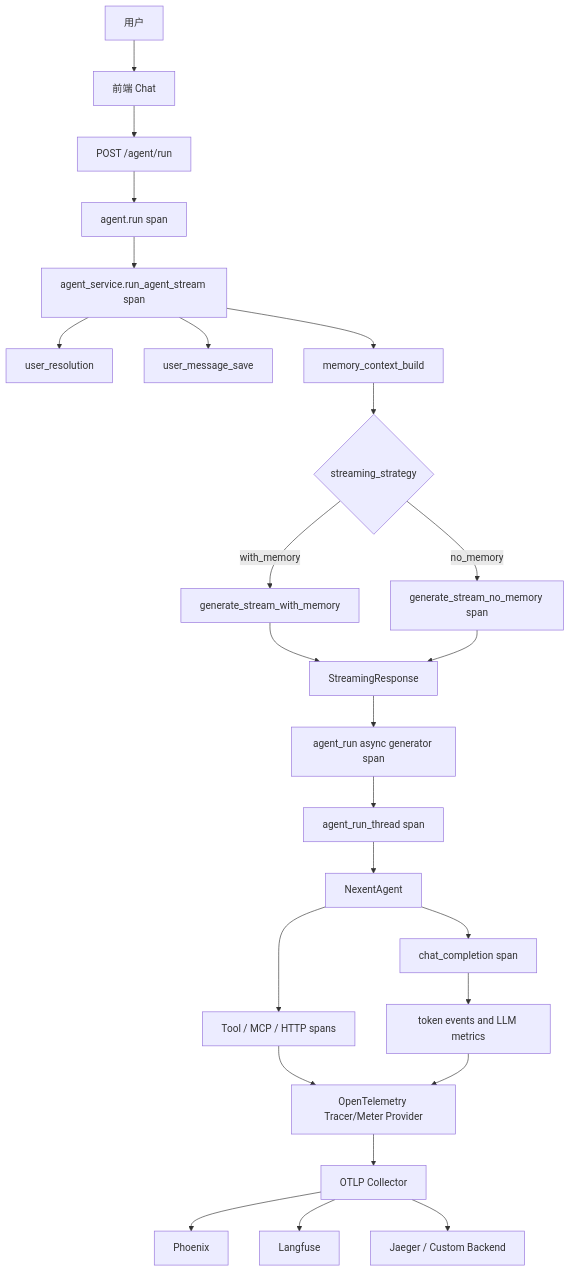
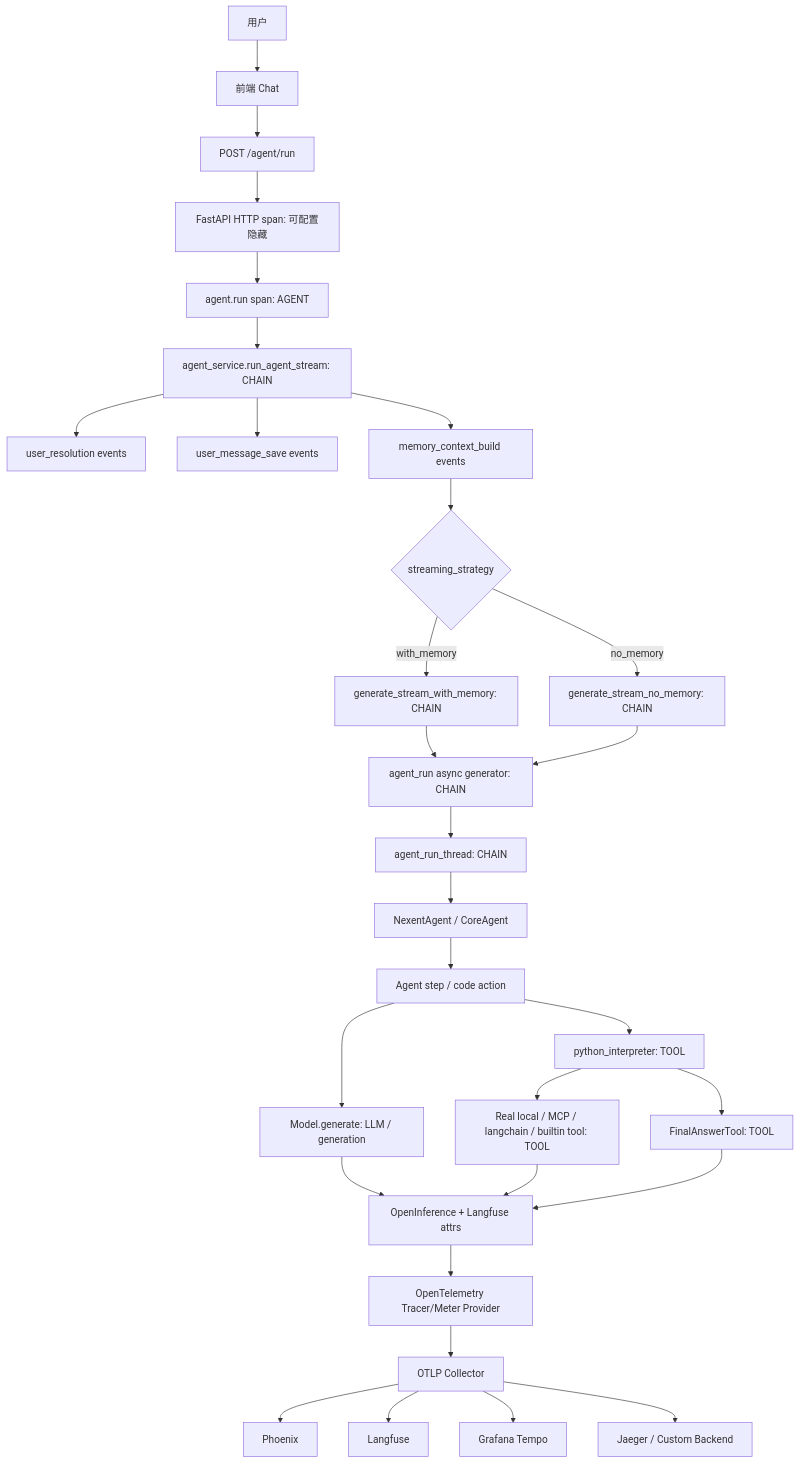
The second of 3 diagrams in doc/docs/zh/sdk/opentelemetry-design.md (ModelEngine-Group/nexent), drawn with Mermaid before and after one commit. The commit also changed other lines of this file and 24 other files, not shown here.

Commit message:
✨ Feat: Add Grafana and Tempo support for enhanced monitoring capabilities

````diff
--- a/doc/docs/zh/sdk/opentelemetry-design.md
+++ b/doc/docs/zh/sdk/opentelemetry-design.md
@@ -244,27 +339,32 @@
 ```mermaid
 flowchart TD
   U[用户] --> FE[前端 Chat]
   FE --> API[POST /agent/run]
-  API --> S1[agent.run span]
-  S1 --> S2[agent_service.run_agent_stream span]
-  S2 --> A[user_resolution]
-  S2 --> B[user_message_save]
-  S2 --> C[memory_context_build]
-  C --> D{streaming_strategy}
-  D -->|with_memory| E[generate_stream_with_memory]
-  D -->|no_memory| F[generate_stream_no_memory span]
-  E --> G[StreamingResponse]
-  F --> G
-  G --> H[agent_run async generator span]
-  H --> I[agent_run_thread span]
-  I --> J[NexentAgent]
-  J --> K[Tool / MCP / HTTP spans]
-  J --> L[chat_completion span]
-  L --> M[token events and LLM metrics]
-  K --> OTel[OpenTelemetry Tracer/Meter Provider]
-  M --> OTel
+  API --> HTTP[FastAPI HTTP span: 可配置隐藏]
+  HTTP --> A0[agent.run span: AGENT]
+  A0 --> S1[agent_service.run_agent_stream: CHAIN]
+  S1 --> R[user_resolution events]
+  S1 --> Save[user_message_save events]
+  S1 --> Mem[memory_context_build events]
+  Mem --> Strategy{streaming_strategy}
+  Strategy -->|with_memory| G1[generate_stream_with_memory: CHAIN]
+  Strategy -->|no_memory| G2[generate_stream_no_memory: CHAIN]
+  G1 --> AR[agent_run async generator: CHAIN]
+  G2 --> AR
+  AR --> Thread[agent_run_thread: CHAIN]
+  Thread --> NX[NexentAgent / CoreAgent]
+  NX --> Step[Agent step / code action]
+  Step --> LLM[Model.generate: LLM / generation]
+  Step --> PY[python_interpreter: TOOL]
+  PY --> Tool[Real local / MCP / langchain / builtin tool: TOOL]
+  PY --> Final[FinalAnswerTool: TOOL]
+  LLM --> Attr1[OpenInference + Langfuse attrs]
+  Tool --> Attr1
+  Final --> Attr1
+  Attr1 --> OTel[OpenTelemetry Tracer/Meter Provider]
   OTel --> Collector[OTLP Collector]
   Collector --> Phoenix[Phoenix]
   Collector --> Langfuse[Langfuse]
+  Collector --> Tempo[Grafana Tempo]
   Collector --> Other[Jaeger / Custom Backend]
 ```
````
